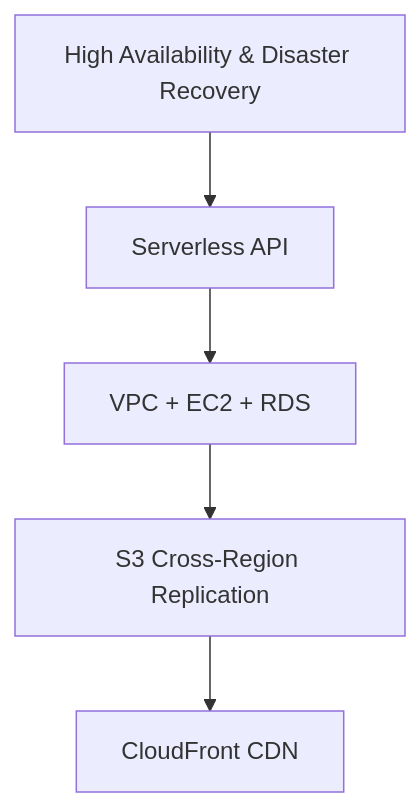
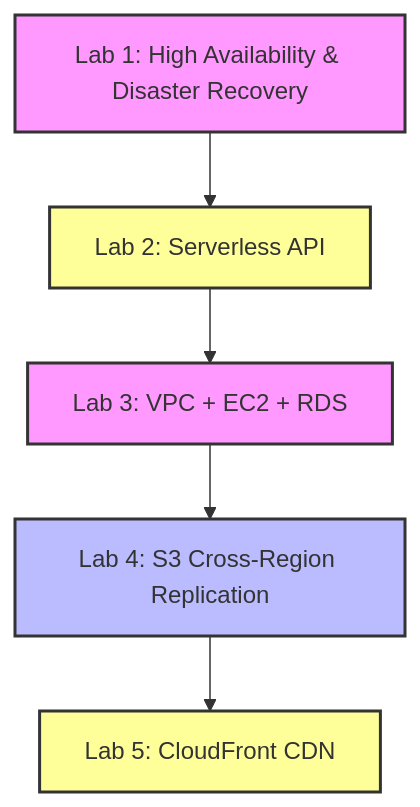
The diagram in README.md (ferramelo/Road-to-AWS-SAA), drawn with Mermaid before and after one commit.

````diff
--- a/README.md
+++ b/README.md
@@ -8,7 +8,21 @@
 ```mermaid
 flowchart TD
-    A["High Availability & Disaster Recovery"] --> B["Serverless API"]
-    B --> C["VPC + EC2 + RDS"]  
-    C --> D["S3 Cross-Region Replication"]
-    D --> E["CloudFront CDN"]
+    A["Lab 1: High Availability & Disaster Recovery"]
+    B["Lab 2: Serverless API"]
+    C["Lab 3: VPC + EC2 + RDS"]
+    D["Lab 4: S3 Cross-Region Replication"]
+    E["Lab 5: CloudFront CDN"]
+
+    A --> B
+    B --> C
+    C --> D
+    D --> E
+
+    %% STILI
+    style A fill:#f9f,stroke:#333,stroke-width:2px
+    style B fill:#ff9,stroke:#333,stroke-width:2px
+    style C fill:#f9f,stroke:#333,stroke-width:2px
+    style D fill:#bbf,stroke:#333,stroke-width:2px
+    style E fill:#ff9,stroke:#333,stroke-width:2px
+
 ```
````
